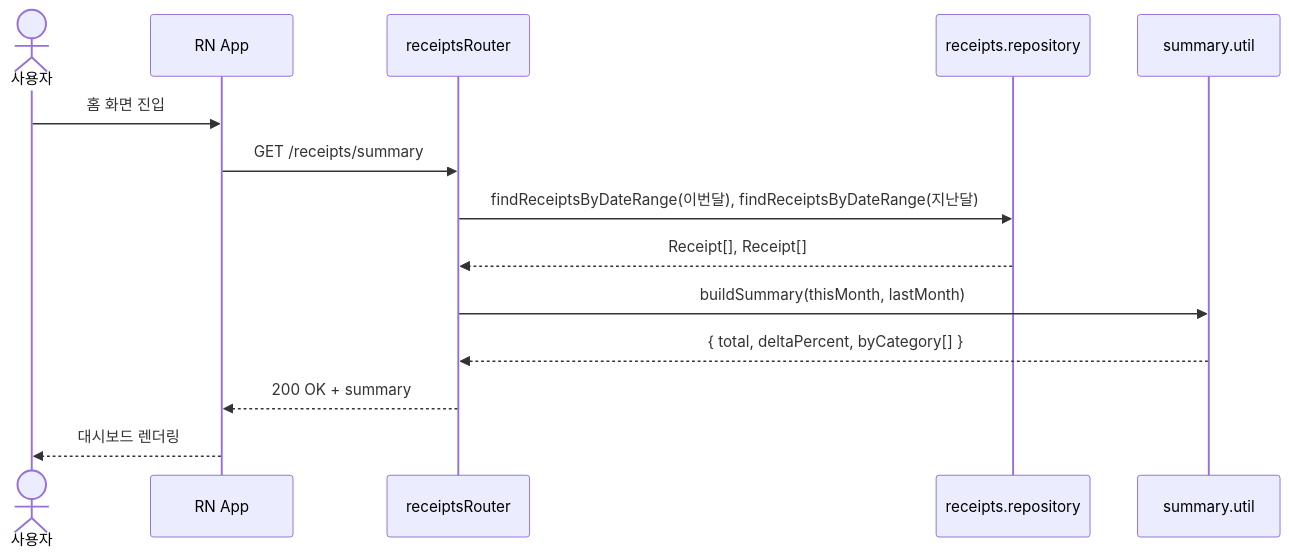
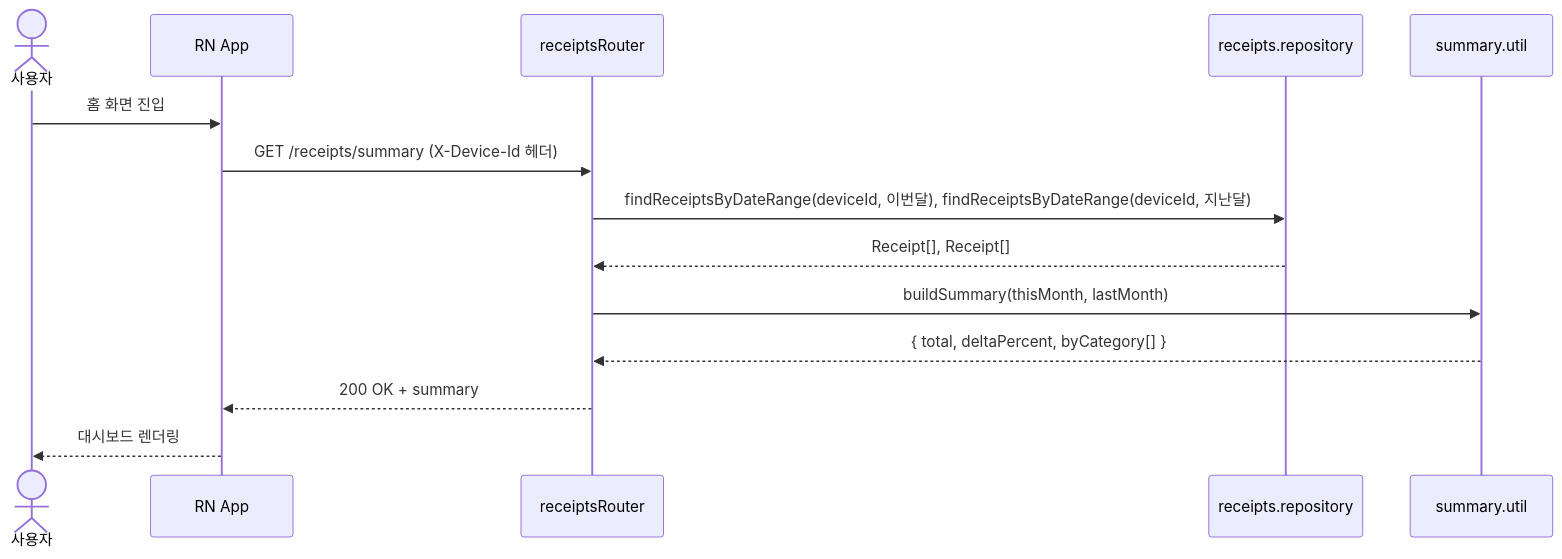
One commit to silverj0805/receipt-scanner-server changed the fourth of 7 diagrams in docs/architecture.md. Above: the diagram before and after it, drawn with Mermaid. The commit also changed other lines of this file and 8 other files, not shown here.

````diff
--- a/docs/architecture.md
+++ b/docs/architecture.md
@@ -126,17 +130,17 @@
 ```mermaid
 sequenceDiagram
     actor U as 사용자
     participant App as RN App
     participant API as receiptsRouter
     participant Repo as receipts.repository
     participant Sum as summary.util
 
     U->>App: 홈 화면 진입
-    App->>API: GET /receipts/summary
-    API->>Repo: findReceiptsByDateRange(이번달), findReceiptsByDateRange(지난달)
+    App->>API: GET /receipts/summary (X-Device-Id 헤더)
+    API->>Repo: findReceiptsByDateRange(deviceId, 이번달), findReceiptsByDateRange(deviceId, 지난달)
     Repo-->>API: Receipt[], Receipt[]
     API->>Sum: buildSummary(thisMonth, lastMonth)
     Sum-->>API: { total, deltaPercent, byCategory[] }
     API-->>App: 200 OK + summary
     App-->>U: 대시보드 렌더링
 ```
````
